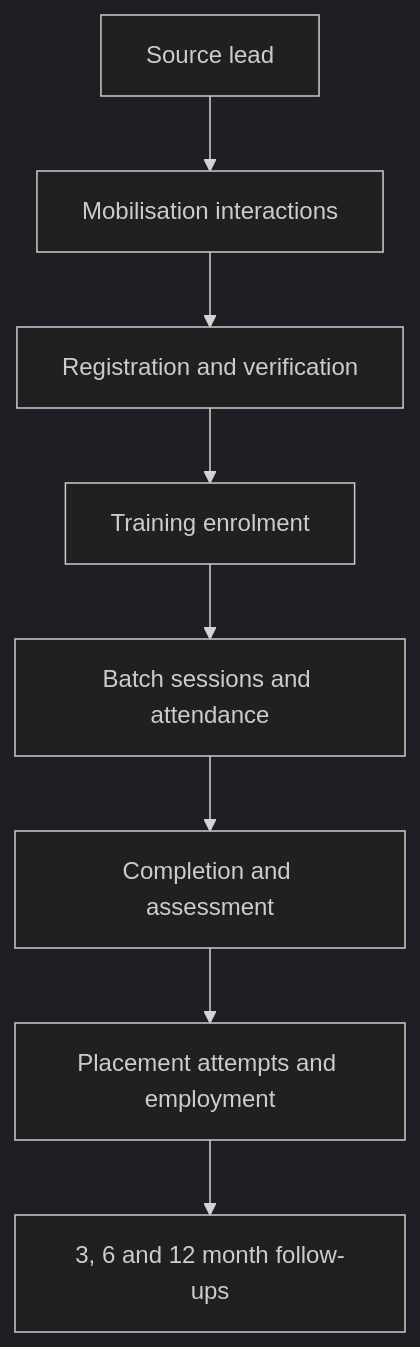
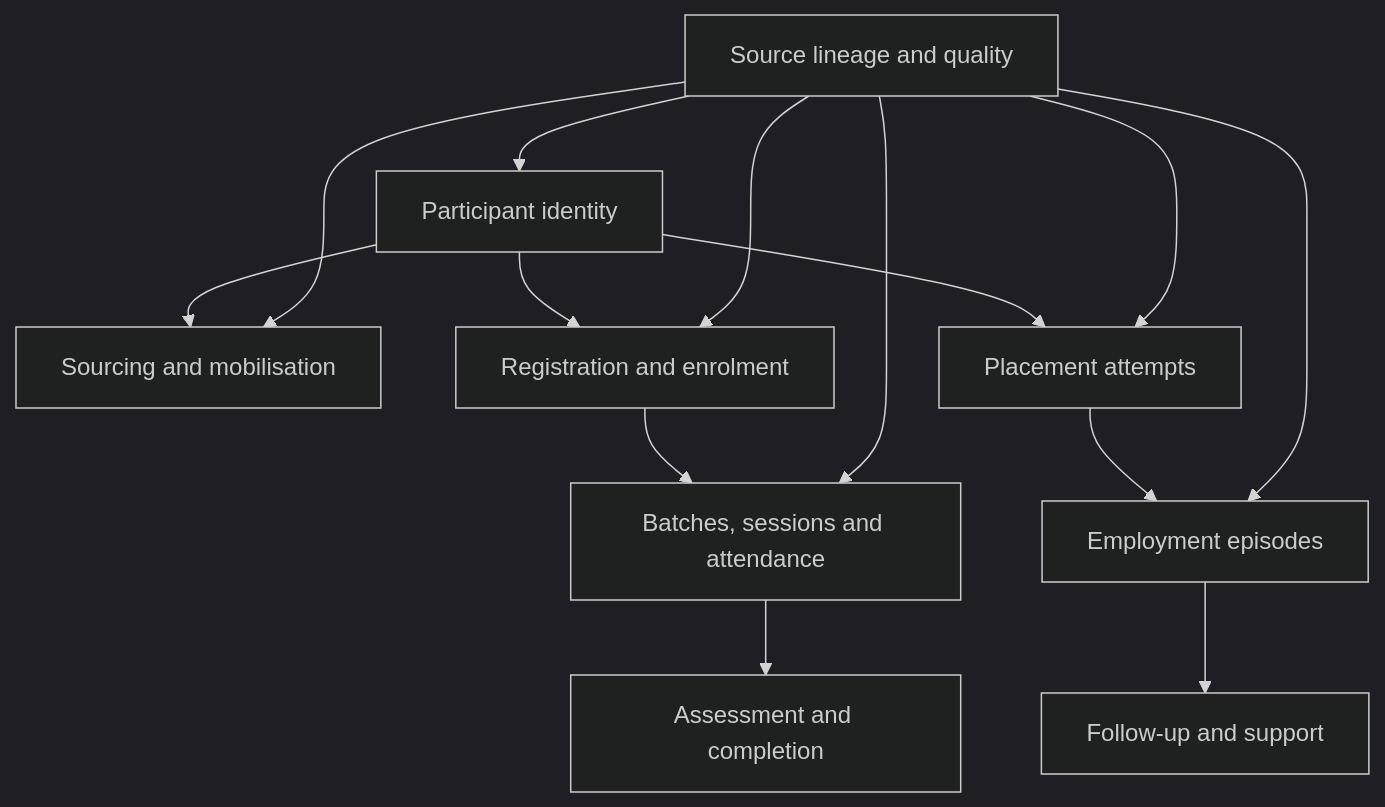
One commit to VoiceofNeedyFoundation/von-integrated-data-system changed the first of 7 diagrams in docs/data-model.md. Above: the diagram before and after it, drawn with Mermaid (dark theme). The commit also changed other lines of this file, not shown here.

````diff
--- a/docs/data-model.md
+++ b/docs/data-model.md
@@ -22,10 +23,16 @@
 ```mermaid
 flowchart TD
-    A["Source lead"] --> B["Mobilisation interactions"]
-    B --> C["Registration and verification"]
-    C --> D["Training enrolment"]
-    D --> E["Batch sessions and attendance"]
-    E --> F["Completion and assessment"]
-    F --> G["Placement attempts and employment"]
-    G --> H["3, 6 and 12 month follow-ups"]
+    P["Participant identity"] --> S["Sourcing and mobilisation"]
+    P --> R["Registration and enrolment"]
+    R --> T["Batches, sessions and attendance"]
+    T --> A["Assessment and completion"]
+    P --> J["Placement attempts"]
+    J --> E["Employment episodes"]
+    E --> F["Follow-up and support"]
+    L["Source lineage and quality"] --> P
+    L --> S
+    L --> R
+    L --> T
+    L --> J
+    L --> E
 ```
````
